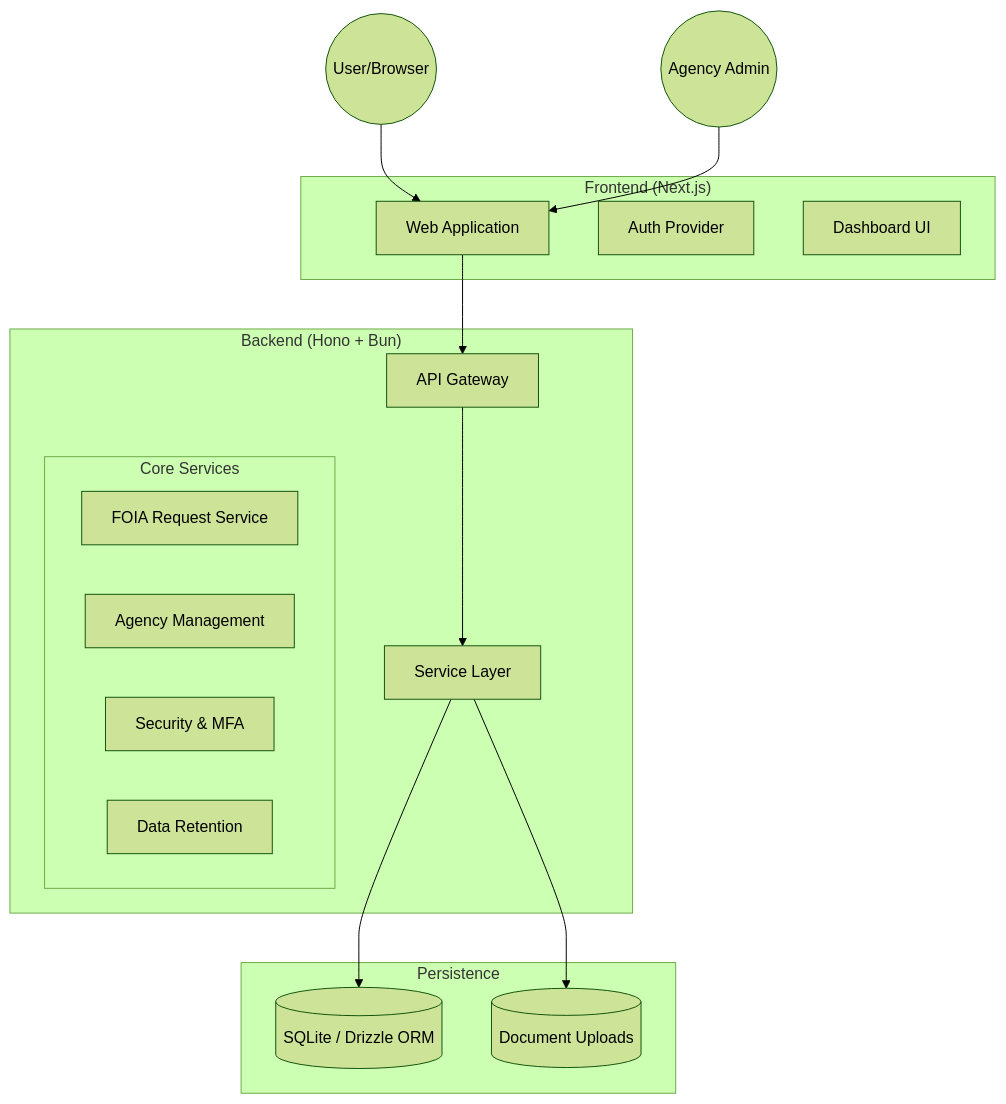
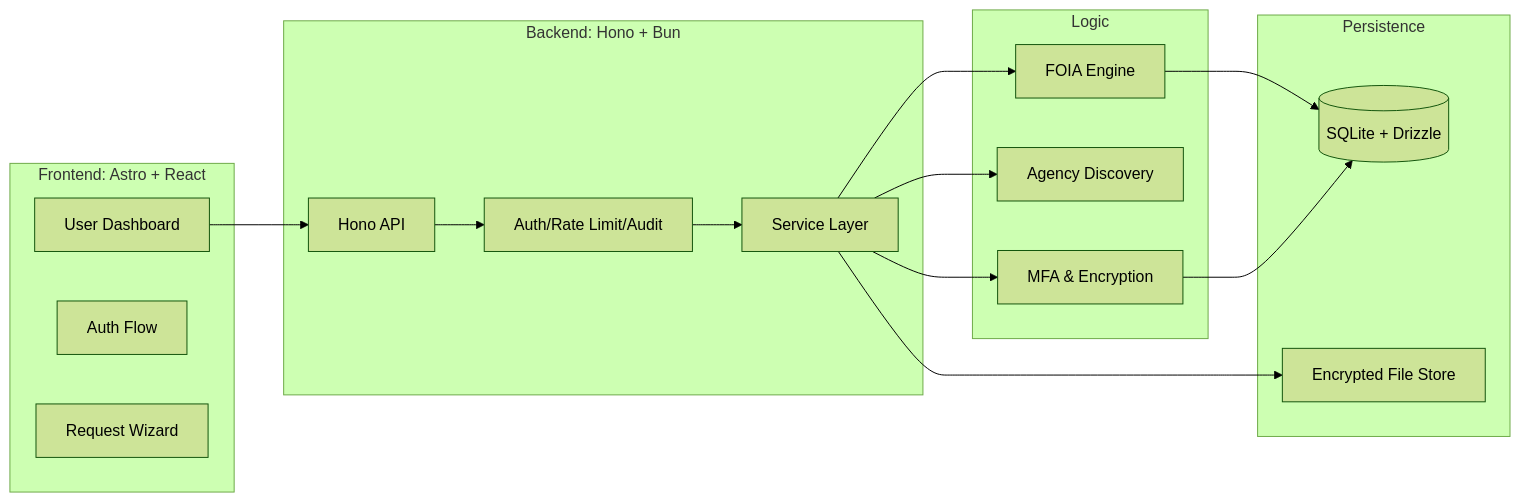
The first of 2 diagrams in README.md (WomB0ComB0/foia-stream), drawn with Mermaid (forest theme) before and after one commit. The commit also changed other lines of this file, not shown here.

````diff
--- a/README.md
+++ b/README.md
@@ -89,35 +84,35 @@
 ```mermaid
-graph TD
-    User((User/Browser))
-    Admin((Agency Admin))
-
-    subgraph "Frontend (Next.js)"
-        Web[Web Application]
-        Auth[Auth Provider]
-        Dash[Dashboard UI]
+graph LR
+    subgraph Client_Layer [Frontend: Astro + React]
+        UI[User Dashboard]
+        AuthUI[Auth Flow]
+        Form[Request Wizard]
     end
 
-    subgraph "Backend (Hono + Bun)"
-        API[API Gateway]
-        ServiceLayer[Service Layer]
-        
-        subgraph "Core Services"
-            FOIAService[FOIA Request Service]
-            AgencyService[Agency Management]
-            SecurityService[Security & MFA]
-            RetentionService[Data Retention]
-        end
+    subgraph API_Layer [Backend: Hono + Bun]
+        Gateway[Hono API]
+        Middleware[Auth/Rate Limit/Audit]
+        Services[Service Layer]
     end
 
-    subgraph "Persistence"
-        DB[(SQLite / Drizzle ORM)]
-        Storage[(Document Uploads)]
+    subgraph Core_Services [Logic]
+        FOIA[FOIA Engine]
+        Agency[Agency Discovery]
+        Security[MFA & Encryption]
     end
 
-    User --> Web
-    Admin --> Web
-    Web --> API
-    API --> ServiceLayer
-    ServiceLayer --> DB
-    ServiceLayer --> Storage
+    subgraph Data_Layer [Persistence]
+        DB[(SQLite + Drizzle)]
+        Storage[Encrypted File Store]
+    end
+
+    UI --> Gateway
+    Gateway --> Middleware
+    Middleware --> Services
+    Services --> FOIA
+    Services --> Agency
+    Services --> Security
+    FOIA --> DB
+    Security --> DB
+    Services --> Storage
 ```
````
